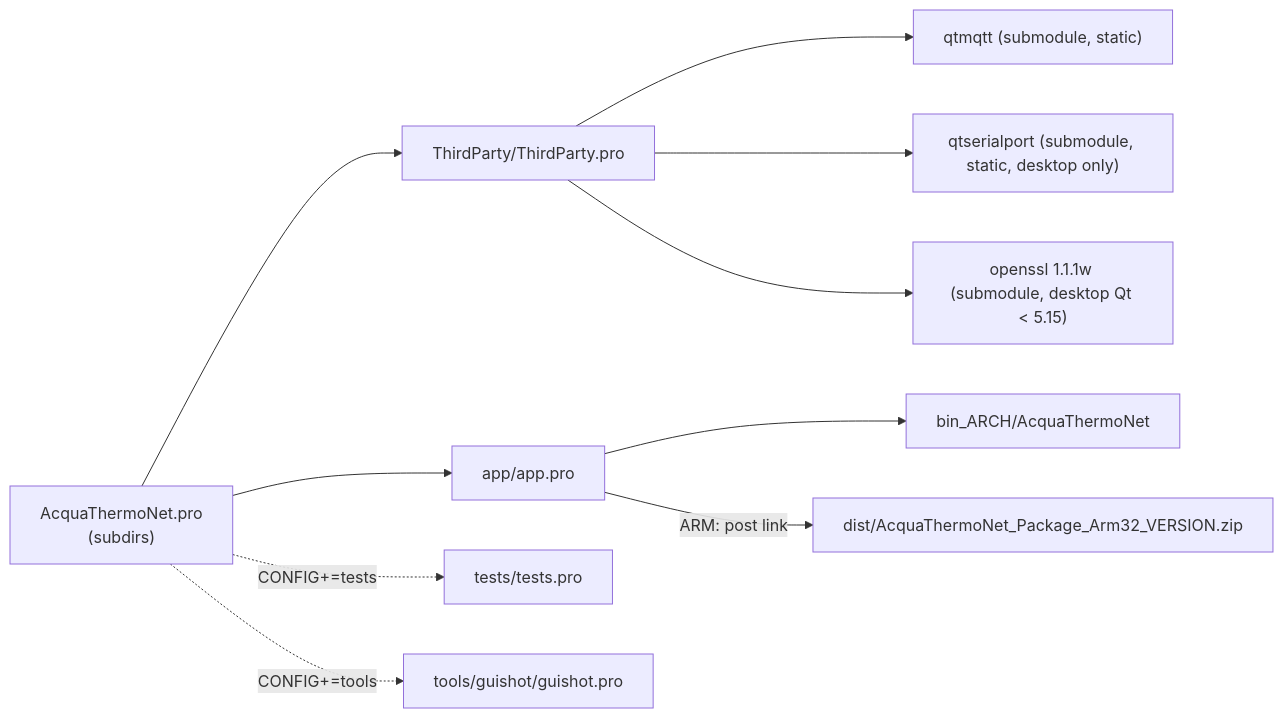
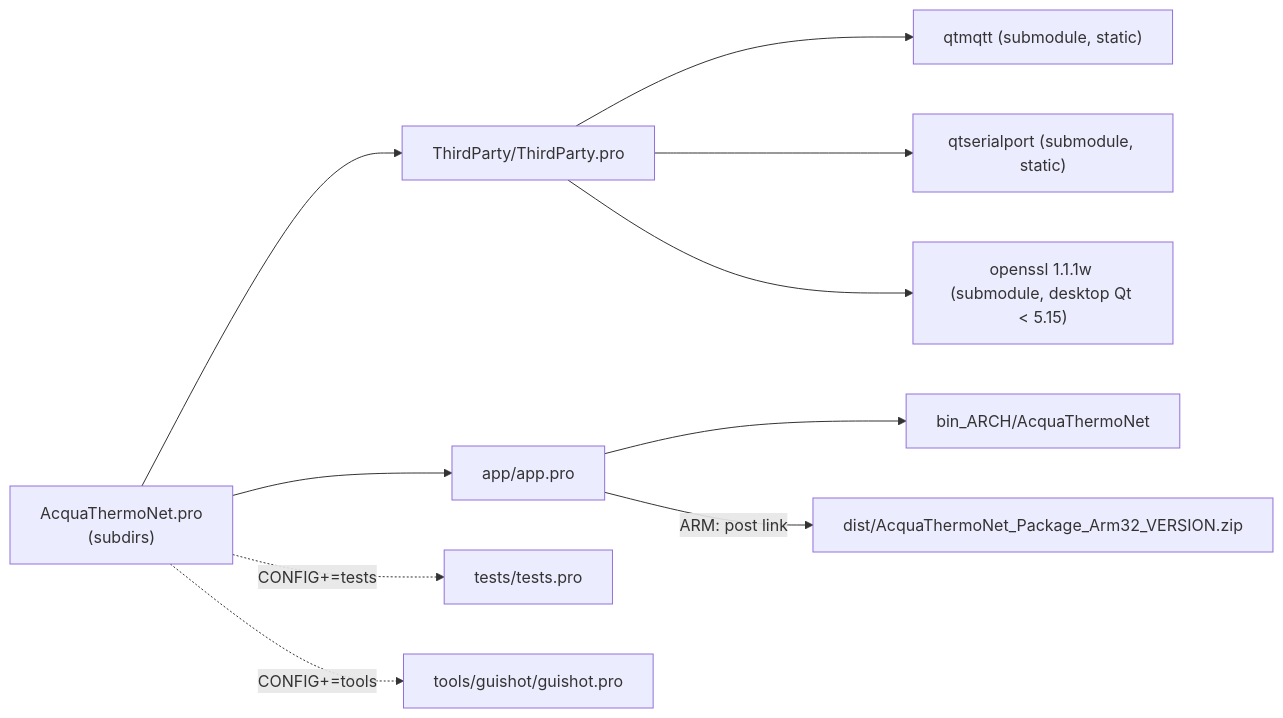
Before and after one commit to ska/AcquaThermoNet: the ninth of 10 diagrams in docs/DOCUMENTATION.md, drawn with Mermaid. The commit also changed other lines of this file and 14 other files, not shown here.

````diff
--- a/docs/DOCUMENTATION.md
+++ b/docs/DOCUMENTATION.md
@@ -1068,12 +1070,12 @@
 ```mermaid
 flowchart LR
     TOP["AcquaThermoNet.pro<br/>(subdirs)"] --> TP["ThirdParty/ThirdParty.pro"]
     TOP --> APP["app/app.pro"]
     TOP -. "CONFIG+=tests" .-> TST["tests/tests.pro"]
     TOP -. "CONFIG+=tools" .-> GS["tools/guishot/guishot.pro"]
     TP --> MQ["qtmqtt (submodule, static)"]
-    TP --> SP["qtserialport (submodule, static, desktop only)"]
+    TP --> SP["qtserialport (submodule, static)"]
     TP --> SSL["openssl 1.1.1w (submodule, desktop Qt < 5.15)"]
     APP --> BIN["bin_ARCH/AcquaThermoNet"]
     APP -- "ARM: post link" --> PKG["dist/AcquaThermoNet_Package_Arm32_VERSION.zip"]
 ```
````
